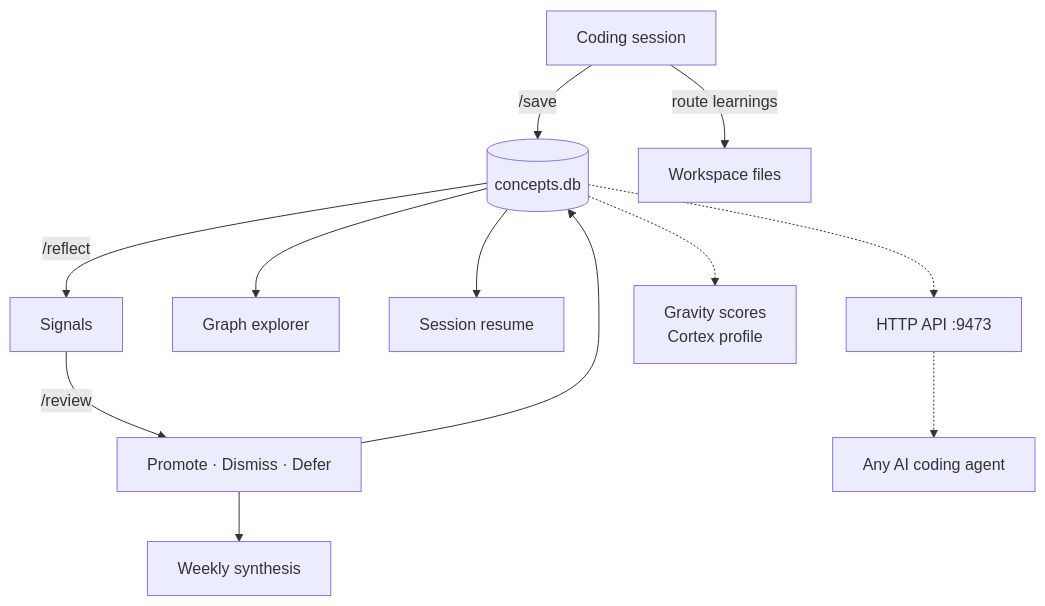
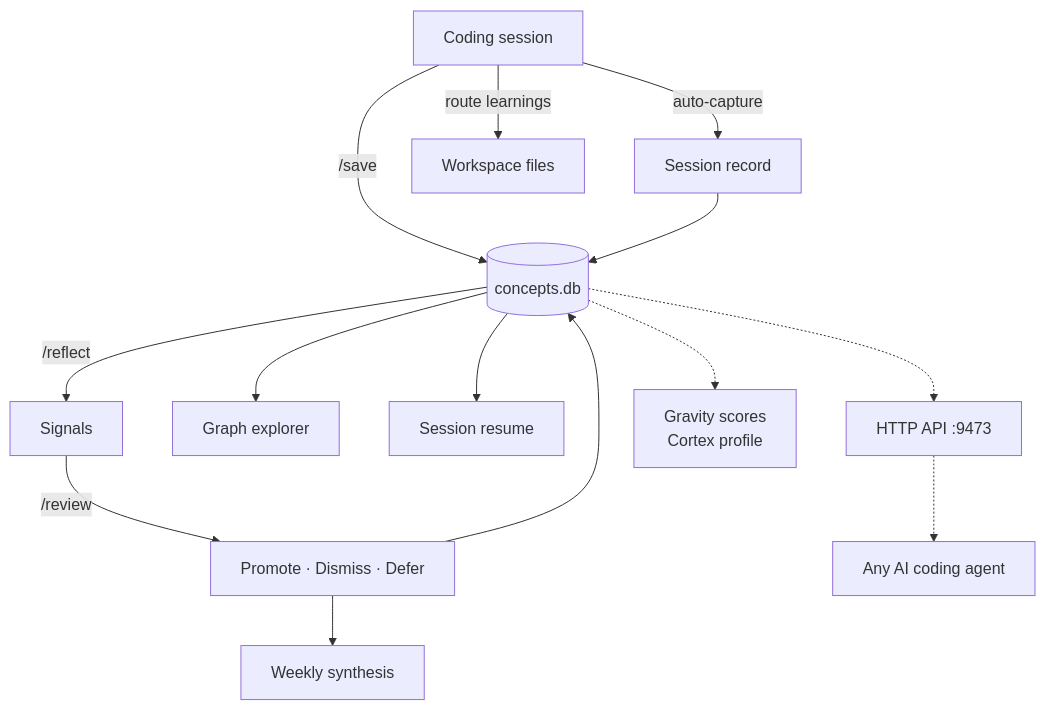
One commit to vednikolic/cortex changed the second of 2 diagrams in README.md. Above: the diagram before and after it, drawn with Mermaid. The commit also changed other lines of this file and 17 other files, not shown here.

Commit message:
feat: add session tracking and schema v3 migration

````diff
--- a/README.md
+++ b/README.md
@@ -363,17 +398,19 @@
 ```mermaid
 flowchart TB
     session["Coding session"]
+    session -->|"auto-capture"| capture["Session record"]
     session -->|"/save"| db[("concepts.db")]
     session -->|"route learnings"| files["Workspace files"]
+    capture --> db
     db -->|"/reflect"| signals["Signals"]
 
     signals -->|"/review"| triage["Promote · Dismiss · Defer"]
     triage --> db
     triage --> synthesis["Weekly synthesis"]
 
     db --> explorer["Graph explorer"]
     db --> brief["Session resume"]
     db -.-> api["HTTP API :9473"]
     api -.-> agents["Any AI coding agent"]
     db -.-> profile["Gravity scores<br>Cortex profile"]
 ```
````
